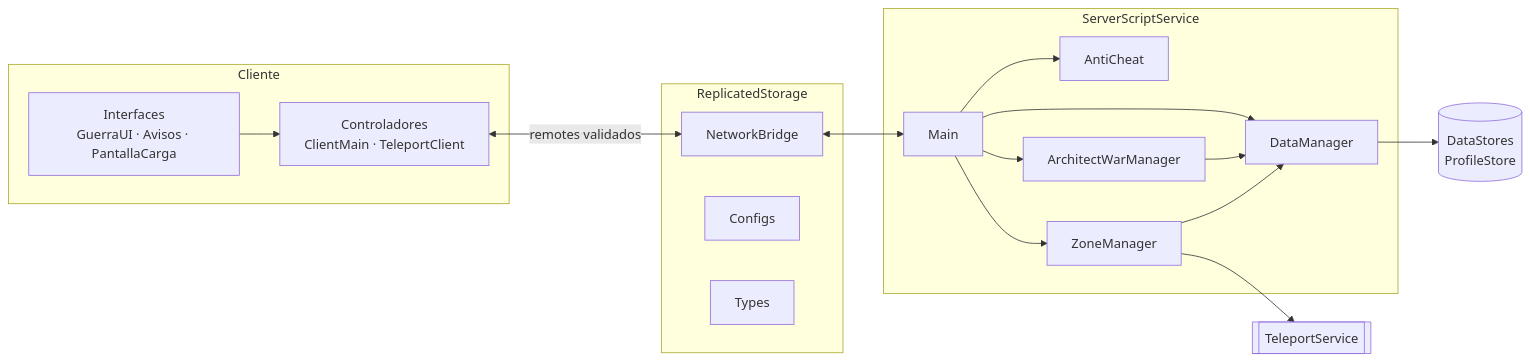
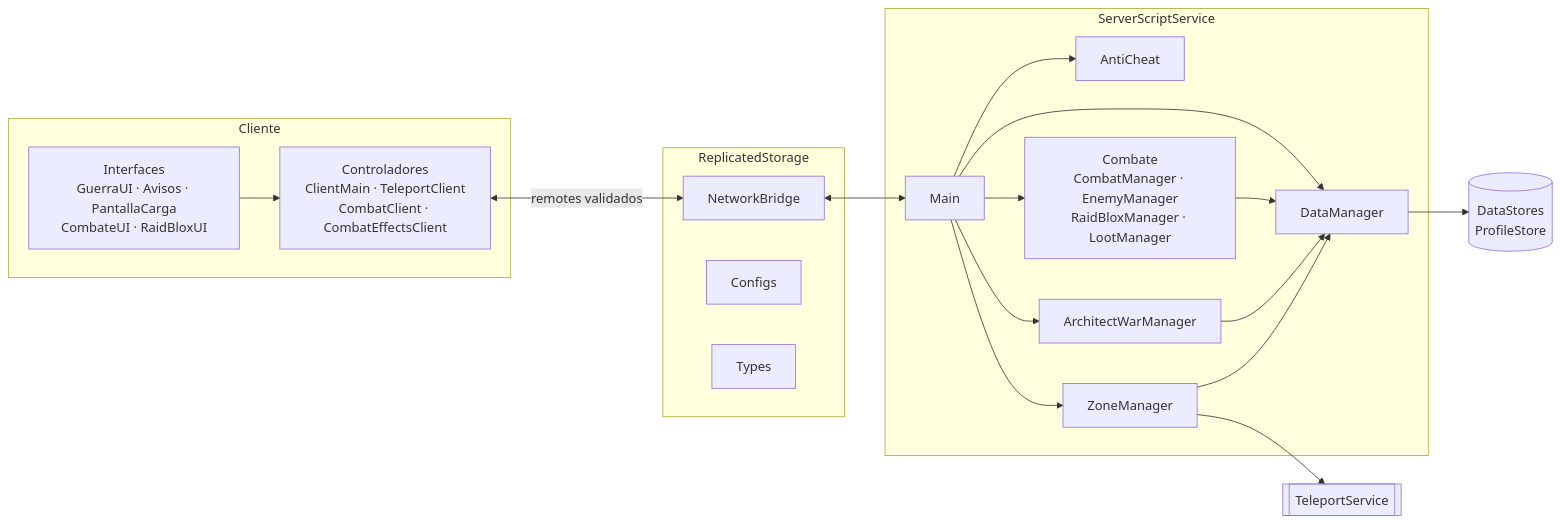
Before and after one commit to vonvivant/raidblox: the diagram in README.md, drawn with Mermaid. The commit also changed other lines of this file and 4 other files, not shown here.

First line of the commit message:
docs: documentación de combate con diagramas

````diff
--- a/README.md
+++ b/README.md
@@ -23,30 +23,32 @@
 ```mermaid
 flowchart LR
     subgraph Cliente
-        UI[Interfaces<br/>GuerraUI · Avisos · PantallaCarga]
-        CC[Controladores<br/>ClientMain · TeleportClient]
+        UI[Interfaces<br/>GuerraUI · Avisos · PantallaCarga<br/>CombateUI · RaidBloxUI]
+        CC[Controladores<br/>ClientMain · TeleportClient<br/>CombatClient · CombatEffectsClient]
     end
     subgraph Compartido[ReplicatedStorage]
         NB[NetworkBridge]
         CFG[Configs]
         TY[Types]
     end
     subgraph Servidor[ServerScriptService]
         MAIN[Main]
         DM[DataManager]
         AC[AntiCheat]
         ZM[ZoneManager]
         AW[ArchitectWarManager]
+        CB[Combate<br/>CombatManager · EnemyManager<br/>RaidBloxManager · LootManager]
     end
     DS[(DataStores<br/>ProfileStore)]
     TS[[TeleportService]]
 
     CC <-->|remotes validados| NB
     UI --> CC
     NB <--> MAIN
-    MAIN --> DM & AC & ZM & AW
+    MAIN --> DM & AC & ZM & AW & CB
+    CB --> DM
     DM --> DS
     ZM --> TS
     AW --> DM
     ZM --> DM
 ```
````
